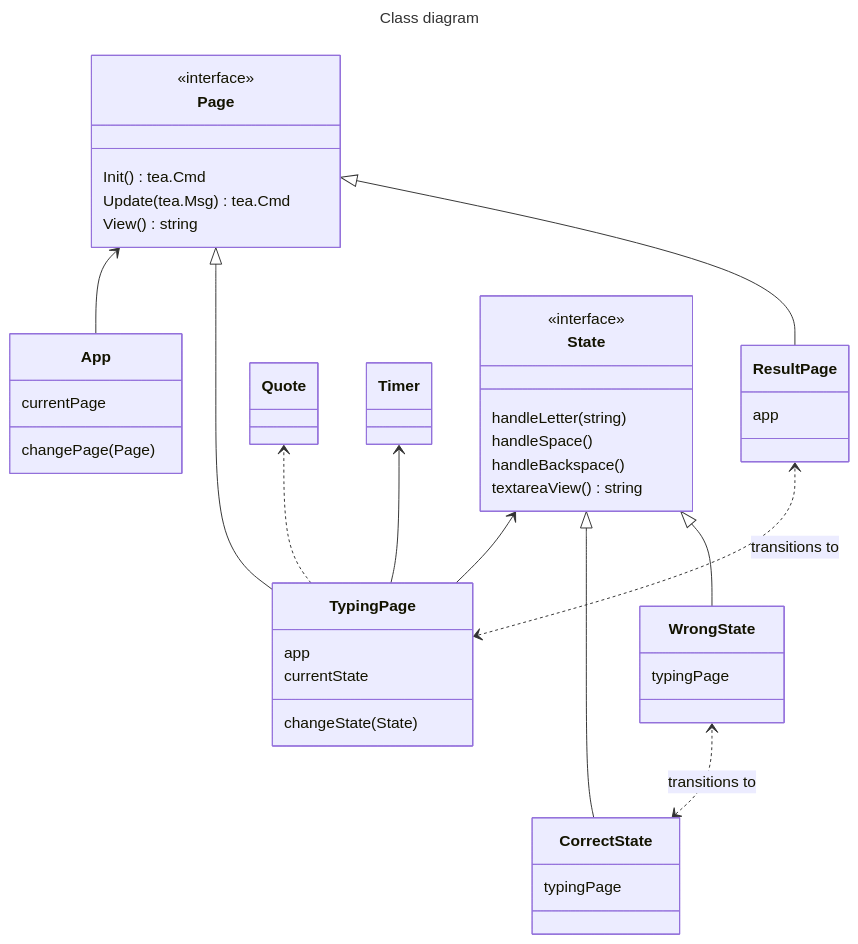
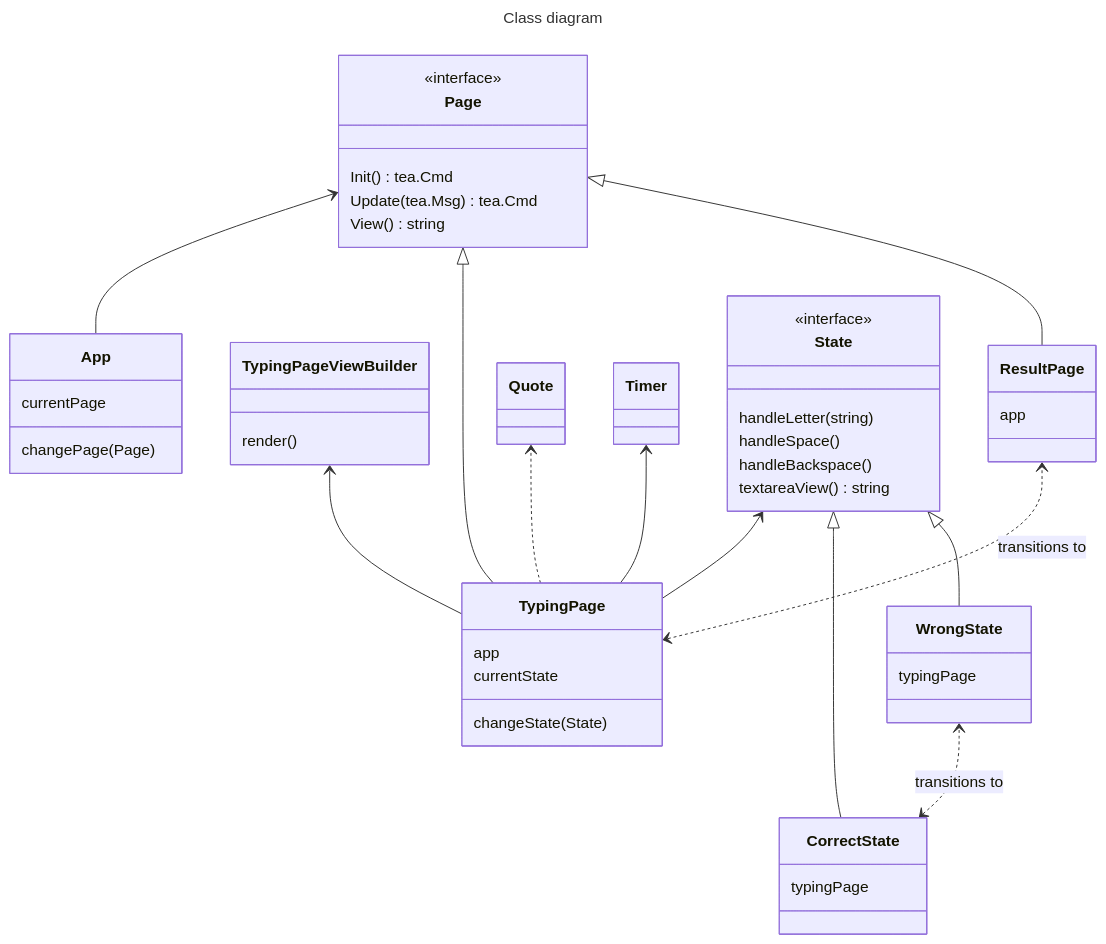
The diagram in diagram.md (hofman-tan/type-chan), drawn with Mermaid before and after one commit. The commit also changed 5 other files, not shown here.

````diff
--- a/diagram.md
+++ b/diagram.md
@@ -1,59 +1,63 @@
 ```mermaid
 ---
 title: Class diagram
 ---
 classDiagram
     direction BT
     class App {
       currentPage
       changePage(Page)
     }
 
     class Page {
       <<interface>>
 
       Init() tea.Cmd
       Update(tea.Msg) tea.Cmd
       View() string
     }
     class TypingPage {
       app
       currentState
       changeState(State)
+    }
+    class TypingPageViewBuilder {
+      render()
     }
     class ResultPage{
       app
     }
     class Quote {
     }
     class Timer {
     }
 
     class State {
       <<interface>> 
 
       handleLetter(string)
       handleSpace()
       handleBackspace()
       textareaView() string
     }
     class CorrectState {
       typingPage
     }
     class WrongState {
       typingPage
     }
 
     App --> Page
     TypingPage --|> Page
     ResultPage --|> Page
     TypingPage <..> ResultPage : transitions to
+    TypingPage --> TypingPageViewBuilder
 
     TypingPage --> State
     CorrectState --|> State
     WrongState --|> State
     CorrectState <..> WrongState : transitions to
 
     TypingPage ..> Quote
     TypingPage --> Timer
 ```
````
